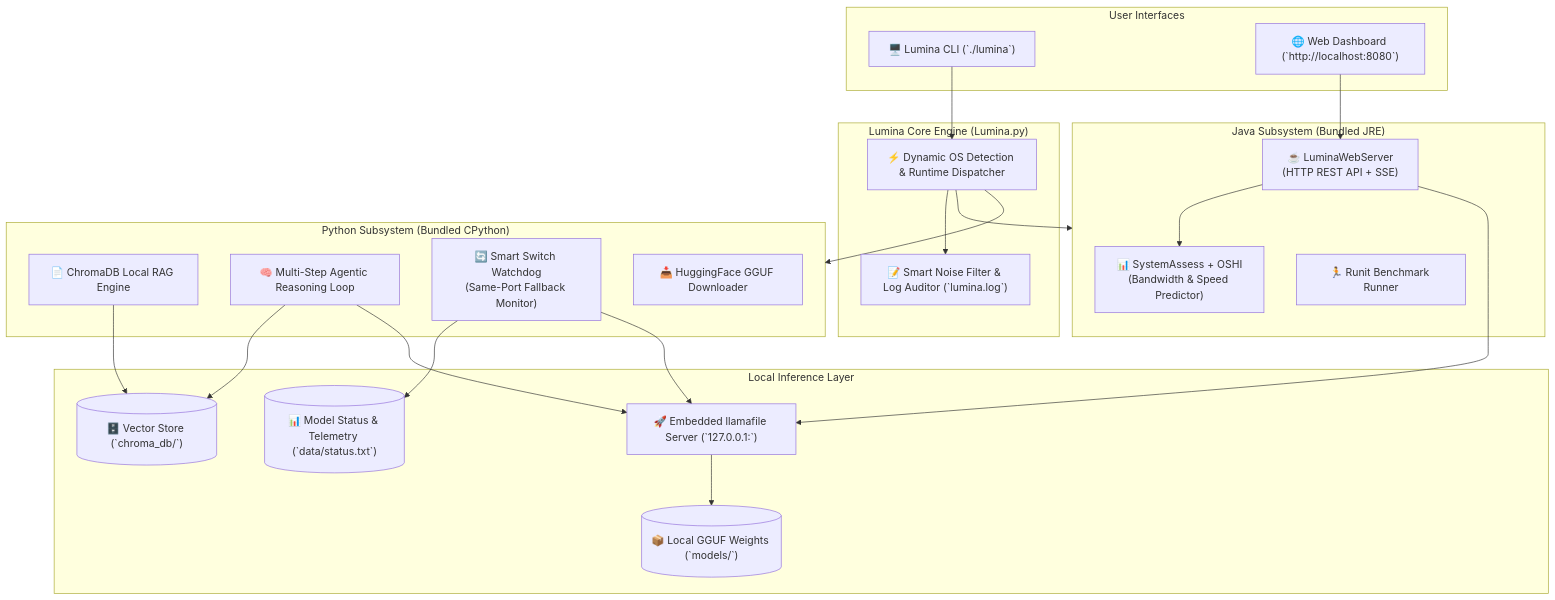
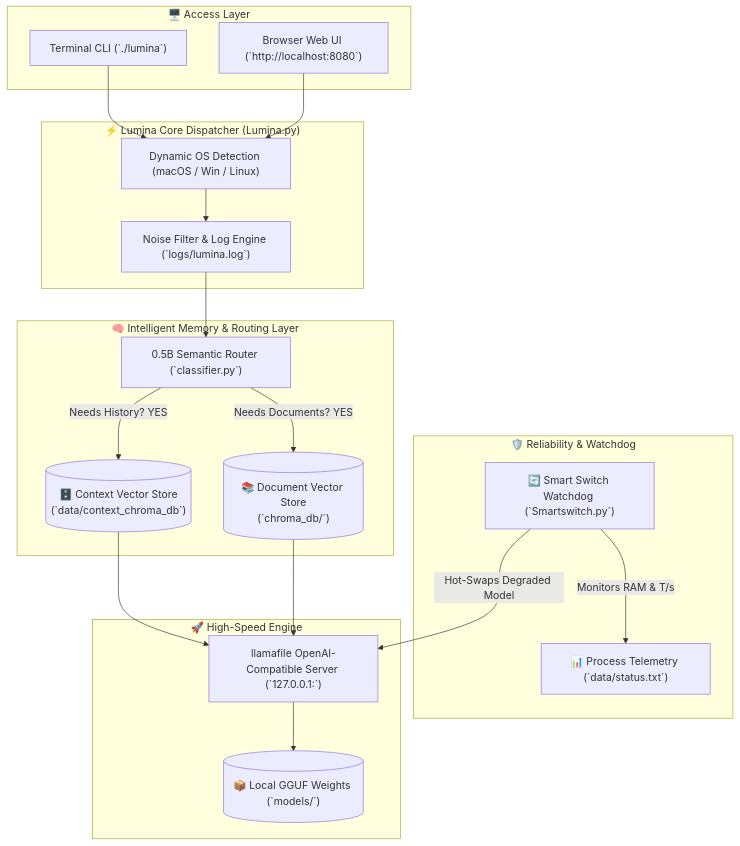
One commit to Uwais-ML/Lumina changed the diagram in README.md. Above: the diagram before and after it, drawn with Mermaid. The commit also changed other lines of this file and 4 other files, not shown here.

Commit message:
feat: add intelligent context memory routing, smartswitch auto-embedding, dual RAG, and comprehensive docs

````diff
--- a/README.md
+++ b/README.md
@@ -107,47 +121,43 @@
 ```mermaid
 flowchart TB
-    subgraph UI ["User Interfaces"]
-        CLI["🖥️ Lumina CLI (`./lumina`)"]
-        WEB["🌐 Web Dashboard (`http://localhost:8080`)"]
+    subgraph UI ["🖥️ Access Layer"]
+        CLI["Terminal CLI (`./lumina`)"]
+        WEB["Browser Web UI (`http://localhost:8080`)"]
     end
 
-    subgraph Core ["Lumina Core Engine (Lumina.py)"]
-        DISPATCH["⚡ Dynamic OS Detection & Runtime Dispatcher"]
-        LOGGER["📝 Smart Noise Filter & Log Auditor (`lumina.log`)"]
+    subgraph Core ["⚡ Lumina Core Dispatcher (Lumina.py)"]
+        OS_DETECT["Dynamic OS Detection (macOS / Win / Linux)"]
+        FILTER["Noise Filter & Log Engine (`logs/lumina.log`)"]
     end
 
-    subgraph JavaSubsystem ["Java Subsystem (Bundled JRE)"]
-        SYS_ASSESS["📊 SystemAssess + OSHI<br/>(Bandwidth & Speed Predictor)"]
-        WEB_SERVER["☕ LuminaWebServer<br/>(HTTP REST API + SSE)"]
-        RUNIT["🏃 Runit Benchmark Runner"]
+    subgraph MemoryLayer ["🧠 Intelligent Memory & Routing Layer"]
+        CLASSIFIER["0.5B Semantic Router (`classifier.py`)"]
+        CONTEXT_DB[("🗄️ Context Vector Store\n(`data/context_chroma_db`)")]
+        DOC_DB[("📚 Document Vector Store\n(`chroma_db/`)")]
     end
 
-    subgraph PythonSubsystem ["Python Subsystem (Bundled CPython)"]
-        RAG_ENG["📄 ChromaDB Local RAG Engine"]
-        AGENT_RAG["🧠 Multi-Step Agentic Reasoning Loop"]
-        SMART_SW["🔄 Smart Switch Watchdog<br/>(Same-Port Fallback Monitor)"]
-        DL_MGR["📥 HuggingFace GGUF Downloader"]
+    subgraph Watchdog ["🛡️ Reliability & Watchdog"]
+        SMART_SW["🔄 Smart Switch Watchdog (`Smartswitch.py`)"]
+        TELEMETRY["📊 Process Telemetry (`data/status.txt`)"]
     end
 
-    subgraph Inference ["Local Inference Layer"]
-        LLAMAFILE["🚀 Embedded llamafile Server (`127.0.0.1:<port>`)"]
+    subgraph Inference ["🚀 High-Speed Engine"]
+        LLAMAFILE["llamafile OpenAI-Compatible Server (`127.0.0.1:<port>`)"]
         GGUF_MODELS[("📦 Local GGUF Weights (`models/`)")]
-        CHROMA_DB[("🗄️ Vector Store (`chroma_db/`)")]
-        STATUS_DB[("📊 Model Status & Telemetry (`data/status.txt`)")]
     end
 
-    CLI --> DISPATCH
-    WEB --> WEB_SERVER
-    DISPATCH --> LOGGER
-    DISPATCH --> JavaSubsystem
-    DISPATCH --> PythonSubsystem
+    CLI --> OS_DETECT
+    WEB --> OS_DETECT
+    OS_DETECT --> FILTER
     
-    WEB_SERVER --> SYS_ASSESS
-    WEB_SERVER --> LLAMAFILE
-    RAG_ENG --> CHROMA_DB
-    AGENT_RAG --> CHROMA_DB
-    AGENT_RAG --> LLAMAFILE
-    SMART_SW --> STATUS_DB
-    SMART_SW --> LLAMAFILE
+    FILTER --> CLASSIFIER
+    CLASSIFIER -->|Needs History? YES| CONTEXT_DB
+    CLASSIFIER -->|Needs Documents? YES| DOC_DB
+    
+    CONTEXT_DB --> LLAMAFILE
+    DOC_DB --> LLAMAFILE
     LLAMAFILE --> GGUF_MODELS
+    
+    SMART_SW -->|Monitors RAM & T/s| TELEMETRY
+    SMART_SW -->|Hot-Swaps Degraded Model| LLAMAFILE
 ```
````
